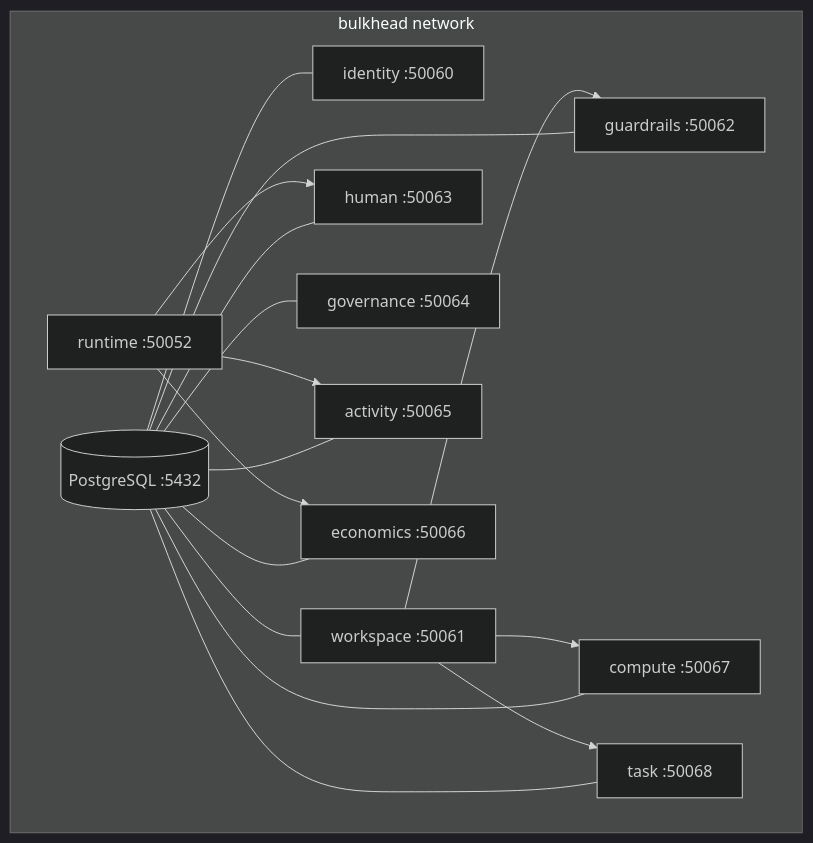
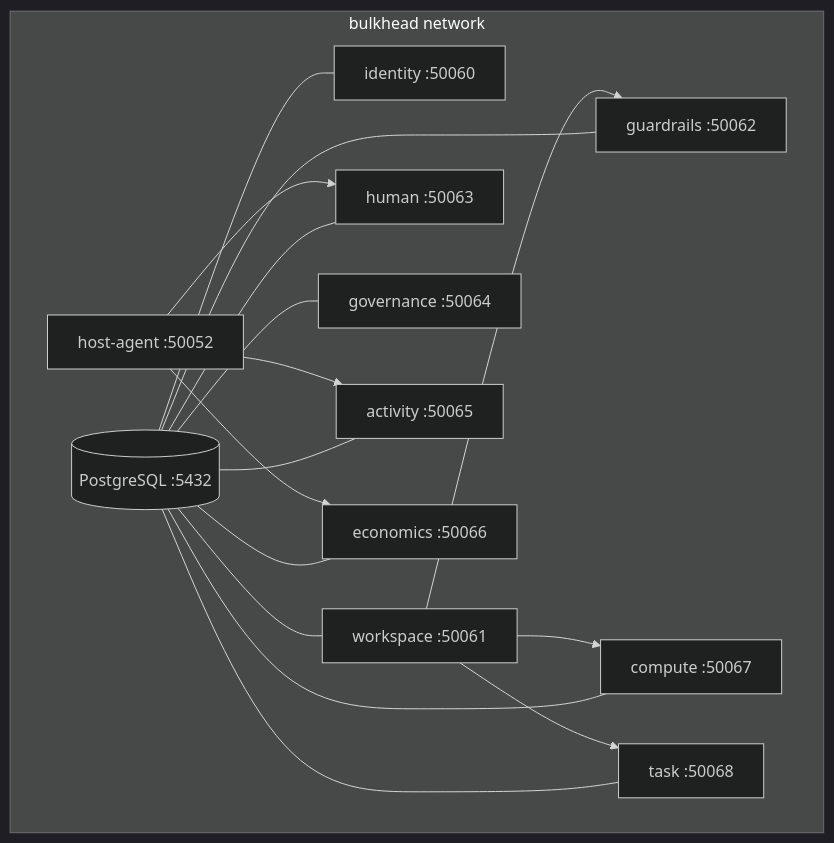
One commit to Baselyne-Systems/agent-sandbox-platform changed the diagram in docs/deployment.md. Above: the diagram before and after it, drawn with Mermaid (dark theme). The commit also changed other lines of this file and 21 other files, not shown here.

````diff
--- a/docs/deployment.md
+++ b/docs/deployment.md
@@ -79,27 +81,27 @@
 ```mermaid
 graph TB
     subgraph net["bulkhead network"]
         PG[("PostgreSQL :5432")]
 
         identity["identity :50060"]
         workspace["workspace :50061"]
         guardrails["guardrails :50062"]
         human["human :50063"]
         governance["governance :50064"]
         activity["activity :50065"]
         economics["economics :50066"]
         compute["compute :50067"]
         task["task :50068"]
-        runtime["runtime :50052"]
+        runtime["host-agent :50052"]
 
         PG --- identity & workspace & guardrails & human
         PG --- governance & activity & economics & compute & task
 
         workspace --> compute
         workspace --> guardrails
         workspace --> task
         runtime --> human
         runtime --> activity
         runtime --> economics
     end
 ```
````
